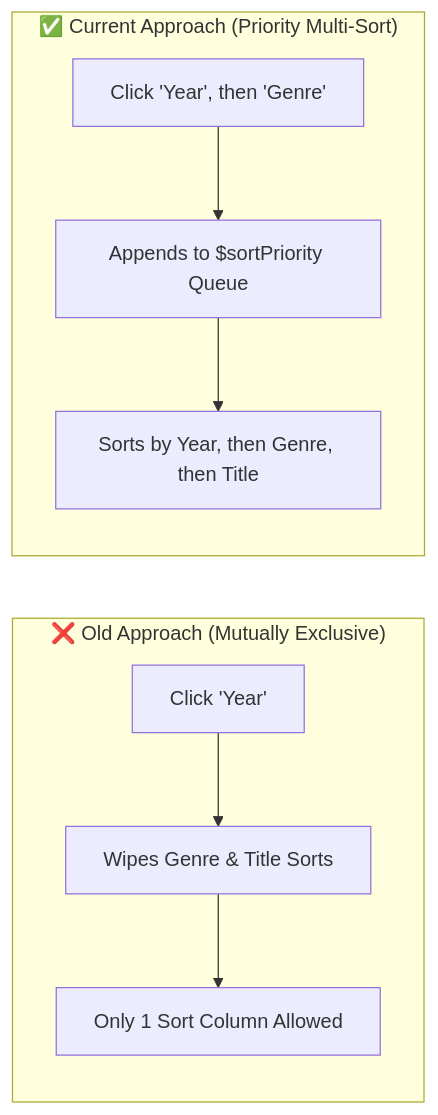
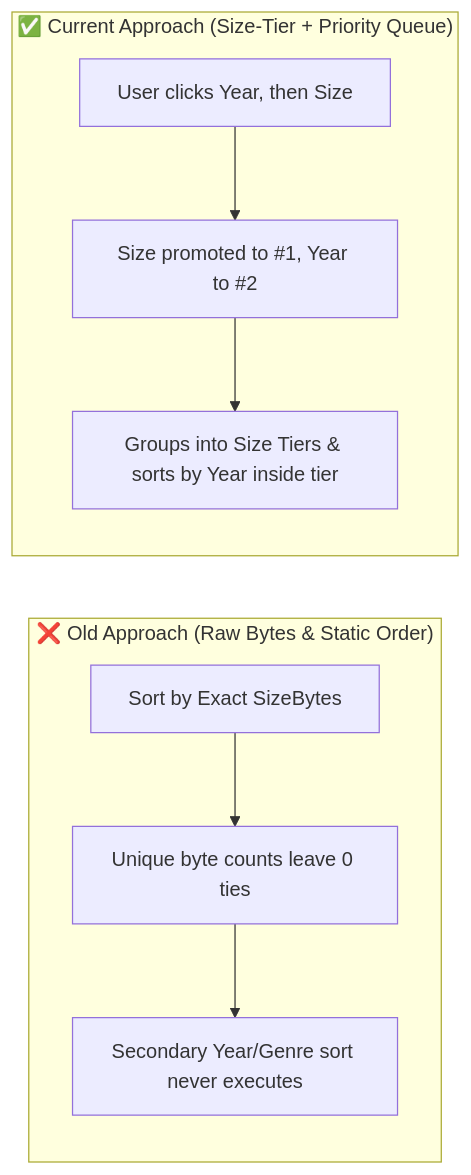
Before and after one commit to Mostakim2005/retro-console-manager: the third of 4 diagrams in docs/DECISIONS_AND_TRAPS.md, drawn with Mermaid. The commit also changed other lines of this file and 4 other files, not shown here.

Commit message:
feat: implement most-recently-changed priority sorting queue, size-tier cohesion, and reset filters button

````diff
--- a/docs/DECISIONS_AND_TRAPS.md
+++ b/docs/DECISIONS_AND_TRAPS.md
@@ -67,11 +67,11 @@
 ```mermaid
 flowchart LR
-    subgraph Failed["❌ Old Approach (Mutually Exclusive)"]
-        A1["Click 'Year'"] --> A2["Wipes Genre & Title Sorts"]
-        A2 --> A3["Only 1 Sort Column Allowed"]
+    subgraph Failed["❌ Old Approach (Raw Bytes & Static Order)"]
+        A1["Sort by Exact SizeBytes"] --> A2["Unique byte counts leave 0 ties"]
+        A2 --> A3["Secondary Year/Genre sort never executes"]
     end
-    subgraph Active["✅ Current Approach (Priority Multi-Sort)"]
-        B1["Click 'Year', then 'Genre'"] --> B2["Appends to $sortPriority Queue"]
-        B2 --> B3["Sorts by Year, then Genre, then Title"]
+    subgraph Active["✅ Current Approach (Size-Tier + Priority Queue)"]
+        B1["User clicks Year, then Size"] --> B2["Size promoted to #1, Year to #2"]
+        B2 --> B3["Groups into Size Tiers & sorts by Year inside tier"]
     end
 ```
````
